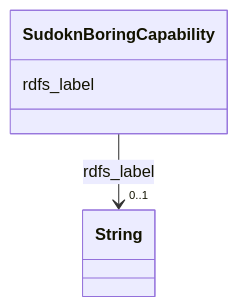
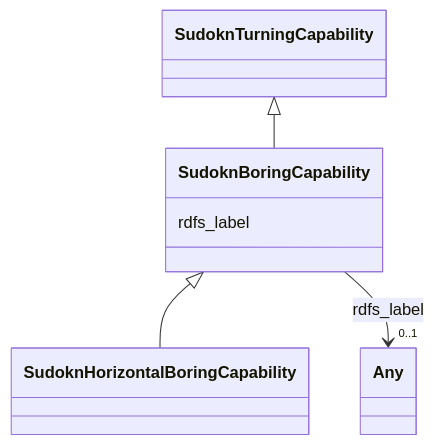
One commit to frink-okn/graph-descriptions changed the diagram in sudokn-kg/classes/SudoknBoringCapability.md. Above: the diagram before and after it, drawn with Mermaid. The commit also changed other lines of this file and 903 other files, not shown here.

````diff
--- a/sudokn-kg/classes/SudoknBoringCapability.md
+++ b/sudokn-kg/classes/SudoknBoringCapability.md
@@ -23,15 +18,23 @@
 ```mermaid
  classDiagram
     class SudoknBoringCapability
     click SudoknBoringCapability href "../SudoknBoringCapability"
+      SudoknTurningCapability <|-- SudoknBoringCapability
+        click SudoknTurningCapability href "../SudoknTurningCapability"
+      
+
+      SudoknBoringCapability <|-- SudoknHorizontalBoringCapability
+        click SudoknHorizontalBoringCapability href "../SudoknHorizontalBoringCapability"
+      
+      
       SudoknBoringCapability : rdfs_label
         
           
     
     
-    SudoknBoringCapability --> "0..1" String : rdfs_label
-    click String href "../String"
+    SudoknBoringCapability --> "0..1" Any : rdfs_label
+    click Any href "../Any"
 
         
       
 ```
````
